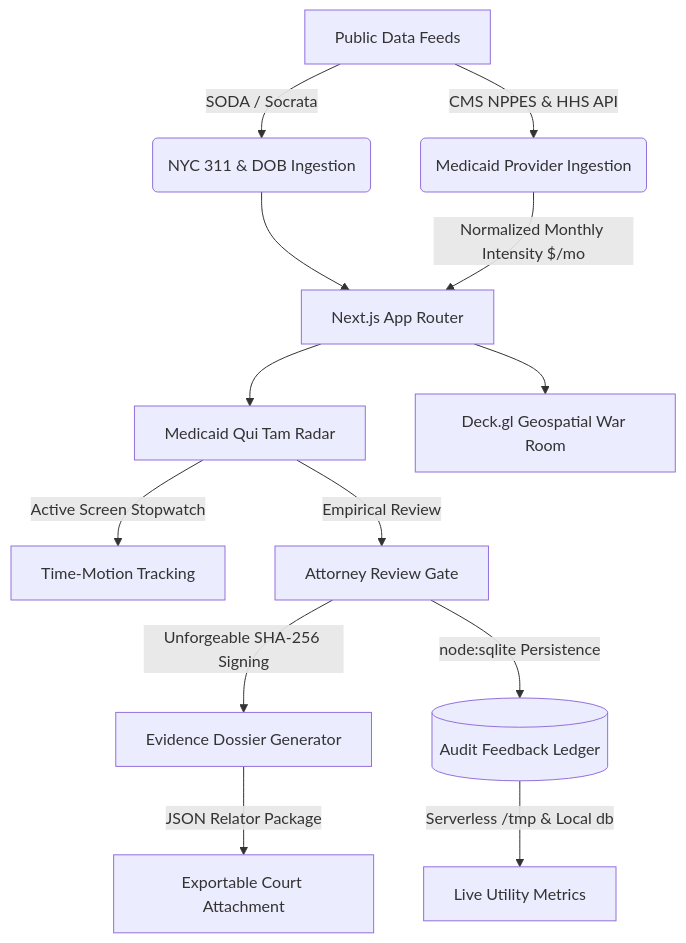
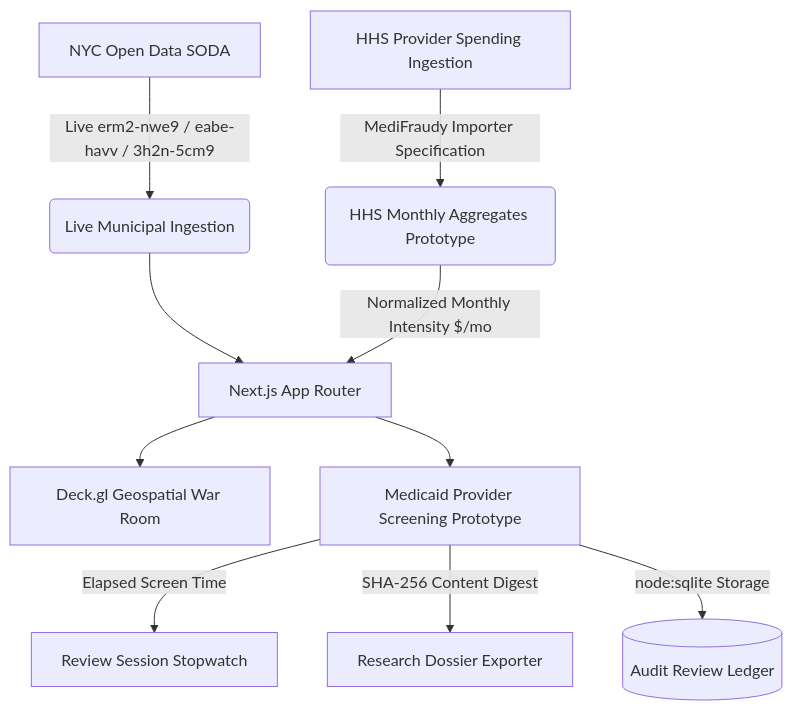
Before and after one commit to NickAiNYC/Estafo: the diagram in README.md, drawn with Mermaid. The commit also changed other lines of this file and 7 other files, not shown here.

Commit message:
fix: align medicaid radar and dossier with honest prototype disclaimers

````diff
--- a/README.md
+++ b/README.md
@@ -16,20 +14,15 @@
 ```mermaid
 graph TD
-    A[Public Data Feeds] -->|SODA / Socrata| B(NYC 311 & DOB Ingestion)
-    A -->|CMS NPPES & HHS API| C(Medicaid Provider Ingestion)
+    A[NYC Open Data SODA] -->|Live erm2-nwe9 / eabe-havv / 3h2n-5cm9| B(Live Municipal Ingestion)
+    C[HHS Provider Spending Ingestion] -->|MediFraudy Importer Specification| D(HHS Monthly Aggregates Prototype)
     
-    B --> D[Next.js App Router]
-    C -->|Normalized Monthly Intensity $/mo| D
+    B --> E[Next.js App Router]
+    D -->|Normalized Monthly Intensity $/mo| E
     
-    D --> E[Medicaid Qui Tam Radar]
-    D --> F[Deck.gl Geospatial War Room]
+    E --> F[Deck.gl Geospatial War Room]
+    E --> G[Medicaid Provider Screening Prototype]
     
-    E -->|Active Screen Stopwatch| G[Time-Motion Tracking]
-    E -->|Empirical Review| H[Attorney Review Gate]
-    
-    H -->|Unforgeable SHA-256 Signing| I[Evidence Dossier Generator]
-    H -->|node:sqlite Persistence| J[(Audit Feedback Ledger)]
-    
-    I -->|JSON Relator Package| K[Exportable Court Attachment]
-    J -->|Serverless /tmp & Local db| L[Live Utility Metrics]
+    G -->|Elapsed Screen Time| H[Review Session Stopwatch]
+    G -->|SHA-256 Content Digest| I[Research Dossier Exporter]
+    G -->|node:sqlite Storage| J[(Audit Review Ledger)]
 ```
````
